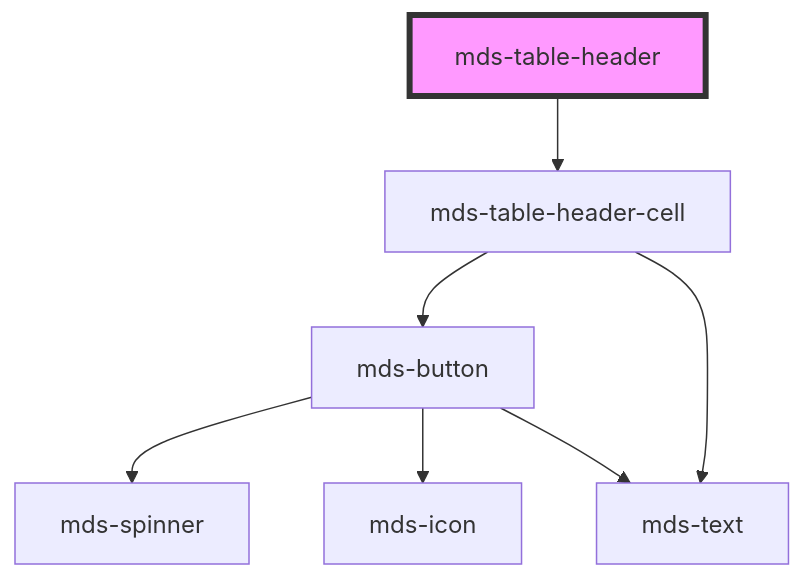
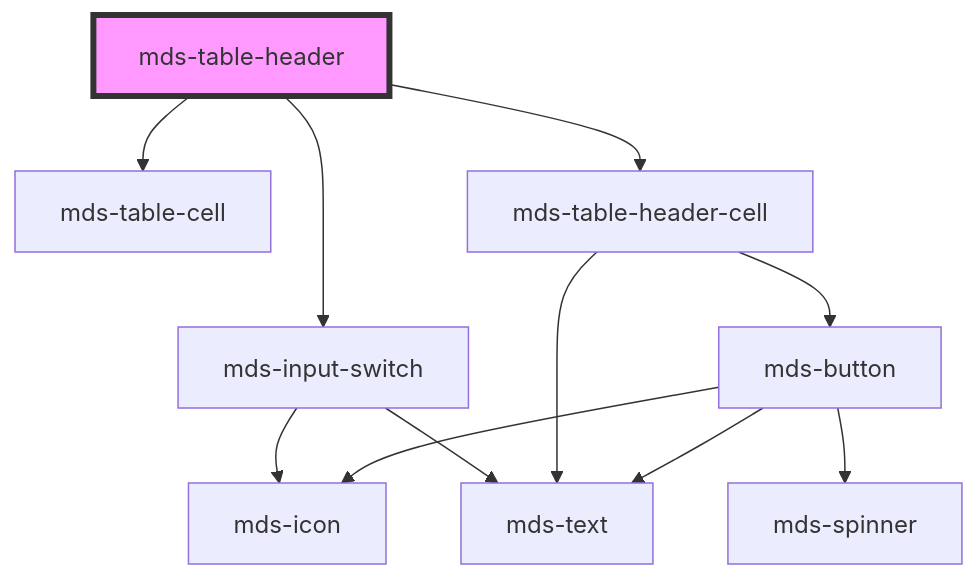
The diagram in projects/stencil/src/components/mds-table-header/readme.md (magma-design-system/magma), drawn with Mermaid before and after one commit. The commit also changed other lines of this file and 26 other files, not shown here.

Commit message:
feat(mds-table): add row element selection

````diff
--- a/projects/stencil/src/components/mds-table-header/readme.md
+++ b/projects/stencil/src/components/mds-table-header/readme.md
@@ -37,10 +39,14 @@
 ```mermaid
 graph TD;
+  mds-table-header --> mds-table-cell
+  mds-table-header --> mds-input-switch
   mds-table-header --> mds-table-header-cell
+  mds-input-switch --> mds-icon
+  mds-input-switch --> mds-text
   mds-table-header-cell --> mds-button
   mds-table-header-cell --> mds-text
   mds-button --> mds-spinner
   mds-button --> mds-icon
   mds-button --> mds-text
   style mds-table-header fill:#f9f,stroke:#333,stroke-width:4px
 ```
````
